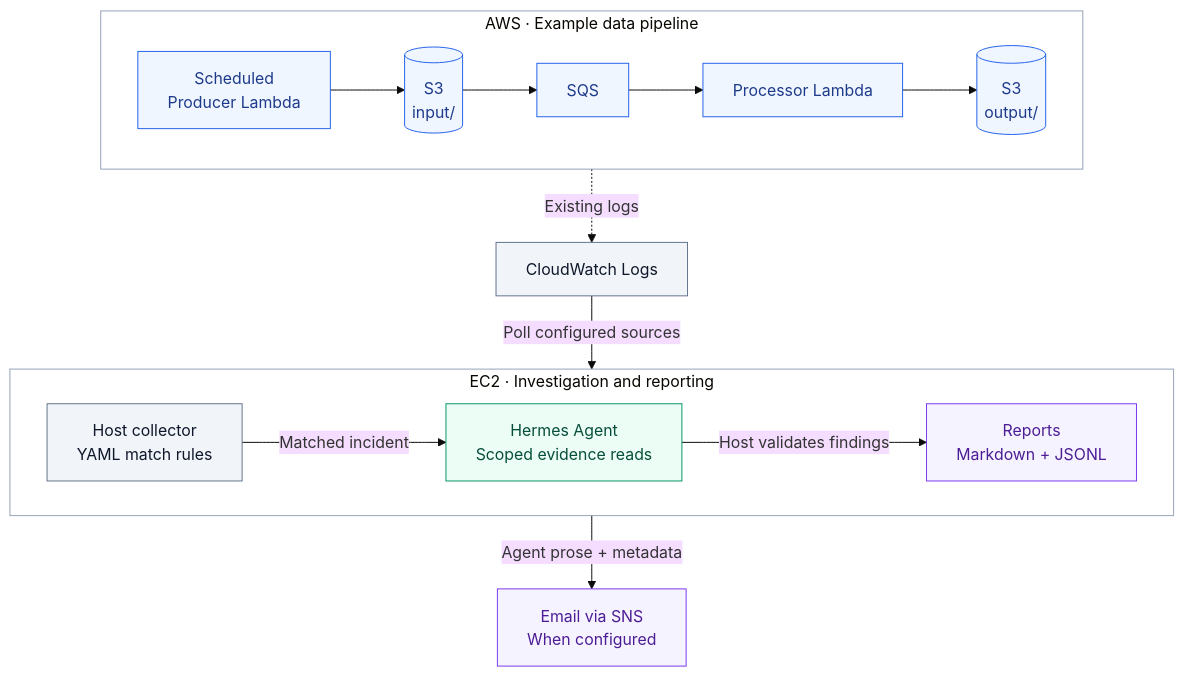
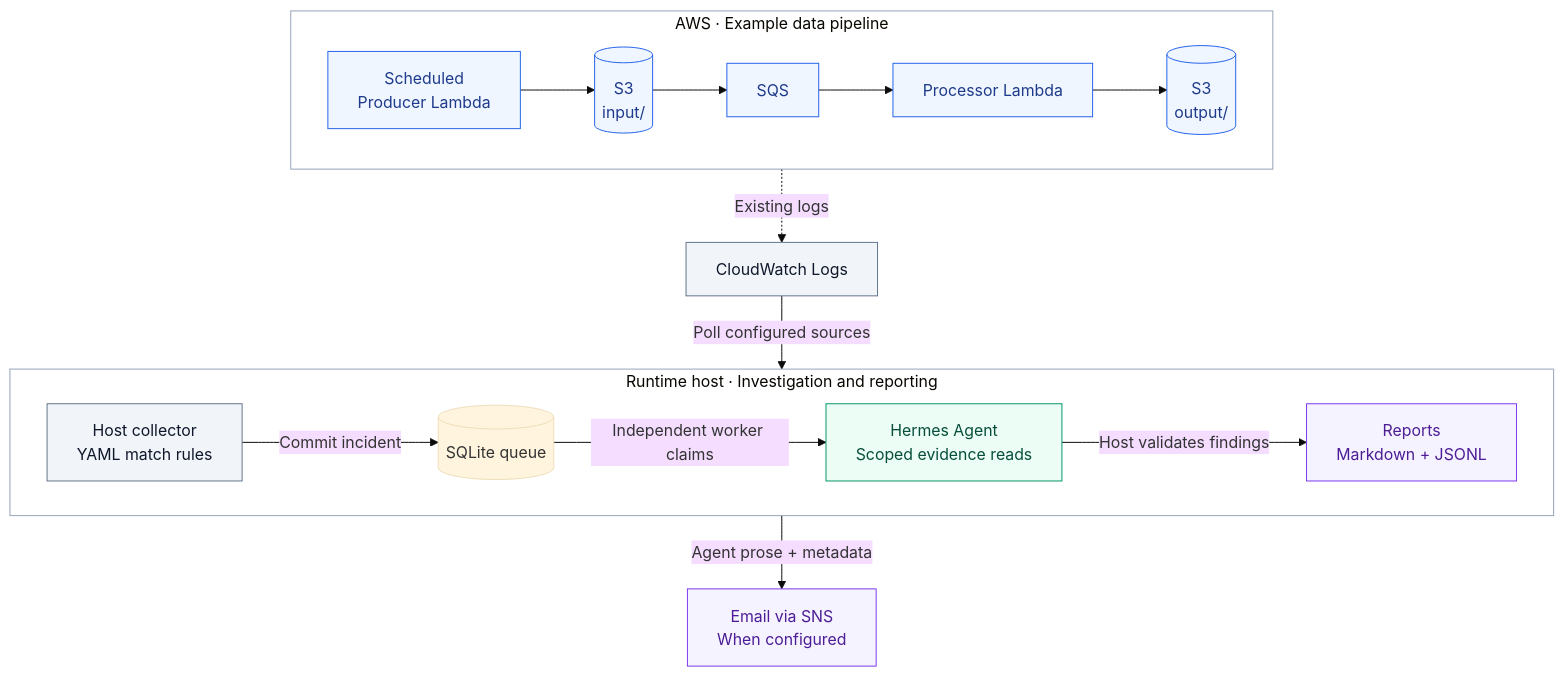
One commit to omhq/hermes-data-reliability changed the diagram in docs/ARCHITECTURE.md. Above: the diagram before and after it, drawn with Mermaid (base theme). The commit also changed other lines of this file and 14 other files, not shown here.

````diff
--- a/docs/ARCHITECTURE.md
+++ b/docs/ARCHITECTURE.md
@@ -8,34 +8,35 @@
 ```mermaid
 flowchart TB
     subgraph pipeline["AWS · Example data pipeline"]
         direction LR
         producer["Scheduled<br/>Producer Lambda"] --> input[("S3<br/>input/")]
         input --> queue["SQS"]
         queue --> processor["Processor Lambda"]
         processor --> output[("S3<br/>output/")]
     end
 
-    subgraph investigator["EC2 · Investigation and reporting"]
+    subgraph investigator["Runtime host · Investigation and reporting"]
         direction LR
         collector["Host collector<br/>YAML match rules"]
         agent["Hermes Agent<br/>Scoped evidence reads"]
         reports["Reports<br/>Markdown + JSONL"]
-        collector -->|Matched incident| agent
+        collector -->|Commit incident| database[("SQLite queue")]
+        database -->|Independent worker claims| agent
         agent -->|Host validates findings| reports
     end
 
     pipeline -.->|Existing logs| logs["CloudWatch Logs"]
     logs -->|Poll configured sources| investigator
     investigator -->|Agent prose + metadata| email["Email via SNS<br/>When configured"]
 
     classDef pipeline fill:#eff6ff,stroke:#2563eb,color:#1e3a8a
     classDef observe fill:#f1f5f9,stroke:#64748b,color:#0f172a
     classDef agent fill:#ecfdf5,stroke:#059669,color:#064e3b
     classDef report fill:#f5f3ff,stroke:#7c3aed,color:#4c1d95
     class producer,input,queue,processor,output pipeline
     class logs,collector observe
     class agent agent
     class reports,email report
     style pipeline fill:transparent,stroke:#94a3b8
     style investigator fill:transparent,stroke:#94a3b8
 ```
````
